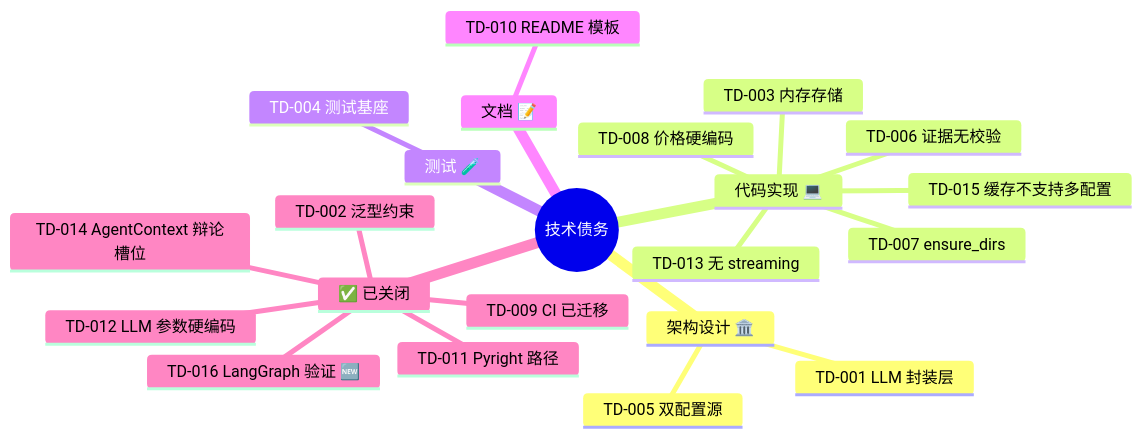
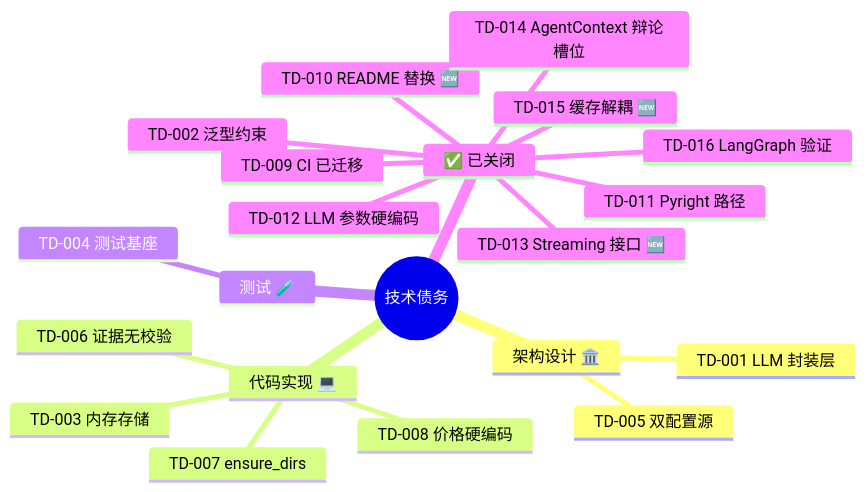
One commit to NoahLightryyy/litchi-head changed the second of 3 diagrams in docs/技术债务与架构决策/技术债务日志.md. Above: the diagram before and after it, drawn with Mermaid. The commit also changed other lines of this file and 14 other files, not shown here.

````diff
--- a/docs/技术债务与架构决策/技术债务日志.md
+++ b/docs/技术债务与架构决策/技术债务日志.md
@@ -846,25 +861,24 @@
 ```mermaid
 mindmap
   root((技术债务))
     架构设计 🏛️
       TD-001 LLM 封装层
       TD-005 双配置源
     代码实现 💻
       TD-003 内存存储
       TD-006 证据无校验
       TD-007 ensure_dirs
       TD-008 价格硬编码
-      TD-013 无 streaming
-      TD-015 缓存不支持多配置
     测试 🧪
       TD-004 测试基座
-    文档 📝
-      TD-010 README 模板
     ✅ 已关闭
       TD-002 泛型约束
       TD-009 CI 已迁移
+      TD-010 README 替换 🆕
       TD-011 Pyright 路径
       TD-012 LLM 参数硬编码
+      TD-013 Streaming 接口 🆕
       TD-014 AgentContext 辩论槽位
-      TD-016 LangGraph 验证 🆕
+      TD-015 缓存解耦 🆕
+      TD-016 LangGraph 验证
 ```
````
